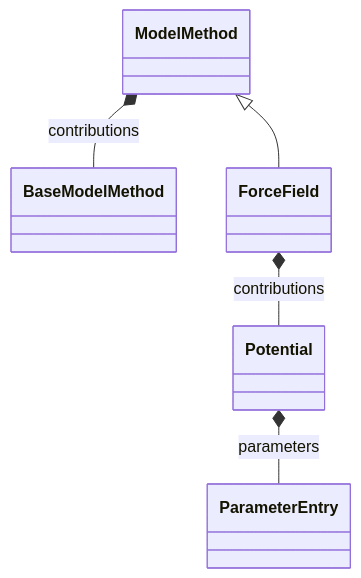
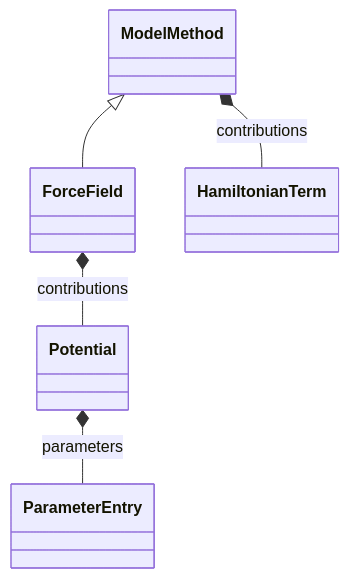
One commit to FAIRmat-NFDI/nomad-simulations changed the diagram in docs/schema/force_field.md. Above: the diagram before and after it, drawn with Mermaid. The commit also changed 5 other files, not shown here.

First line of the commit message:
Restrict `contributions` to `HamiltonianTerm`; separate out `relativity` (#501)

````diff
--- a/docs/schema/force_field.md
+++ b/docs/schema/force_field.md
@@ -11,12 +11,12 @@
 ```mermaid
 classDiagram
-    class BaseModelMethod
     class ForceField
+    class HamiltonianTerm
     class ModelMethod
     class ParameterEntry
     class Potential
     ModelMethod <|-- ForceField
     ForceField *-- Potential : contributions
-    ModelMethod *-- BaseModelMethod : contributions
+    ModelMethod *-- HamiltonianTerm : contributions
     Potential *-- ParameterEntry : parameters
 ```
````
